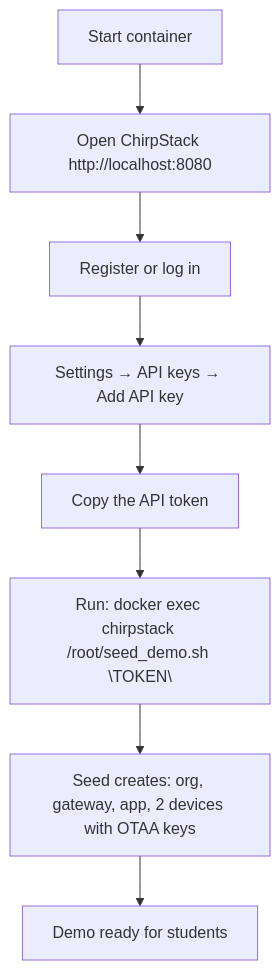
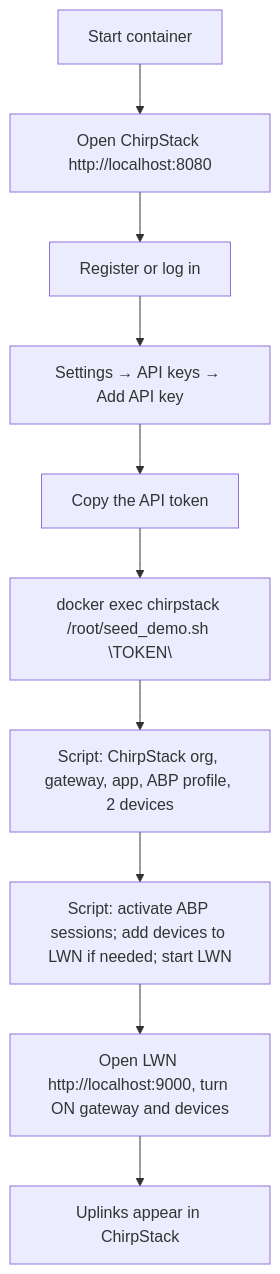
The fifth of 6 diagrams in README.md (lucadagati/Chirpstack_BackEnd), drawn with Mermaid before and after one commit. The commit also changed other lines of this file and 4 other files, not shown here.

First line of the commit message:
README: add LoRaWAN and ChirpStack theory; seed from LWN config; LWN on 9000, gateway profile

````diff
--- a/README.md
+++ b/README.md
@@ -222,10 +250,12 @@
 ```mermaid
 flowchart TD
     A[Start container] --> B[Open ChirpStack http://localhost:8080]
     B --> C[Register or log in]
     C --> D[Settings → API keys → Add API key]
     D --> E[Copy the API token]
-    E --> F["Run: docker exec chirpstack /root/seed_demo.sh \"TOKEN\""]
-    F --> G[Seed creates: org, gateway, app, 2 devices with OTAA keys]
-    G --> H[Demo ready for students]
+    E --> F["docker exec chirpstack /root/seed_demo.sh \"TOKEN\""]
+    F --> G[Script: ChirpStack org, gateway, app, ABP profile, 2 devices]
+    G --> H[Script: activate ABP sessions; add devices to LWN if needed; start LWN]
+    H --> I[Open LWN http://localhost:9000, turn ON gateway and devices]
+    I --> J[Uplinks appear in ChirpStack]
 ```
````
